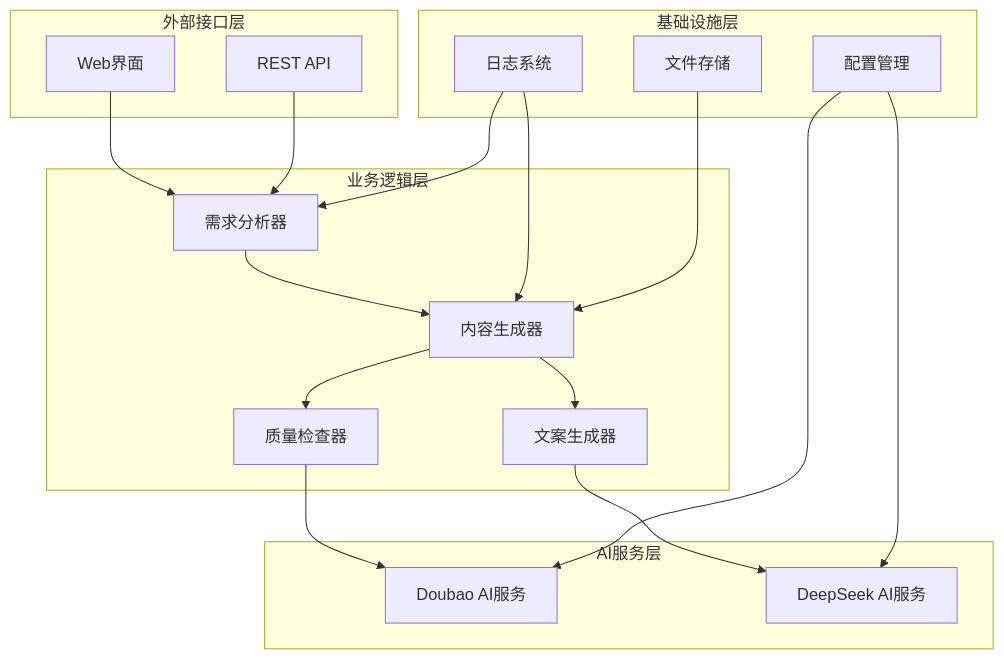
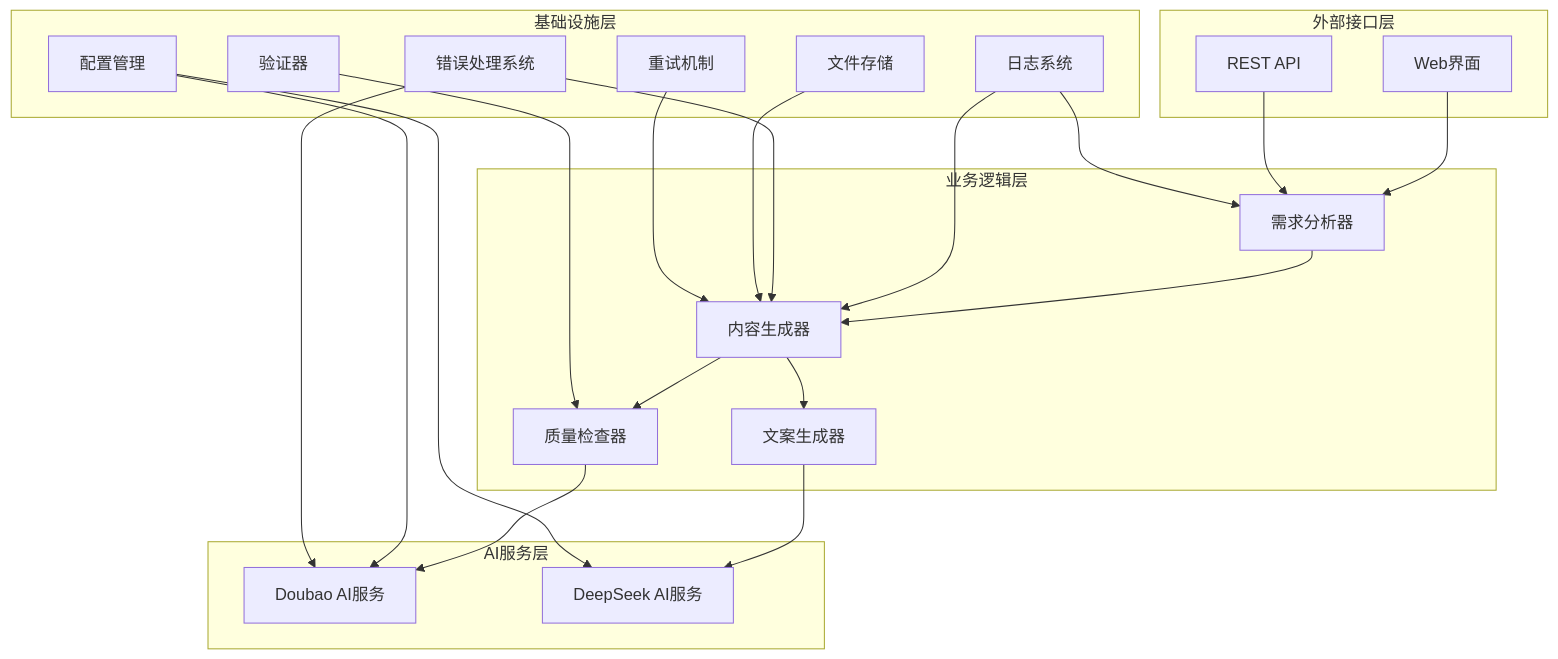
Before and after one commit to songdiyang/clawOperations: the second of 9 diagrams in .qoder/repowiki/zh/content/Doubao Client Api.md, drawn with Mermaid. The commit also changed other lines of this file and 10 other files, not shown here.

````diff
--- a/.qoder/repowiki/zh/content/Doubao Client Api.md
+++ b/.qoder/repowiki/zh/content/Doubao Client Api.md
@@ -149,34 +161,41 @@
 ```mermaid
 graph TD
 subgraph "外部接口层"
 Web[Web界面]
 API[REST API]
 end
 subgraph "业务逻辑层"
 Analyzer[需求分析器]
 Generator[内容生成器]
 Copywriter[文案生成器]
 QualityChecker[质量检查器]
 end
 subgraph "AI服务层"
 Doubao[Doubao AI服务]
 DeepSeek[DeepSeek AI服务]
 end
 subgraph "基础设施层"
 Config[配置管理]
 Logger[日志系统]
+Errors[错误处理系统]
 Storage[文件存储]
+Retry[重试机制]
+Validator[验证器]
 end
 Web --> Analyzer
 API --> Analyzer
 Analyzer --> Generator
 Generator --> Copywriter
 Generator --> QualityChecker
 QualityChecker --> Doubao
 Copywriter --> DeepSeek
 Config --> Doubao
 Config --> DeepSeek
 Logger --> Analyzer
 Logger --> Generator
+Errors --> Generator
+Errors --> Doubao
 Storage --> Generator
+Retry --> Generator
+Validator --> QualityChecker
 ```
````
